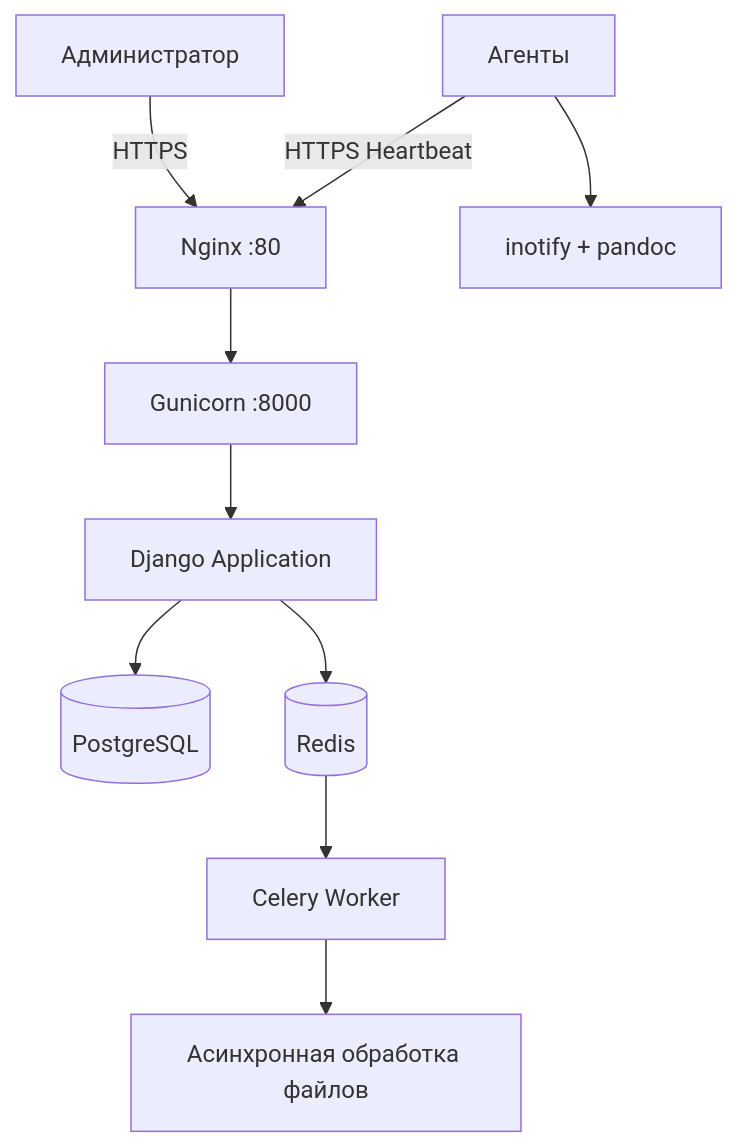
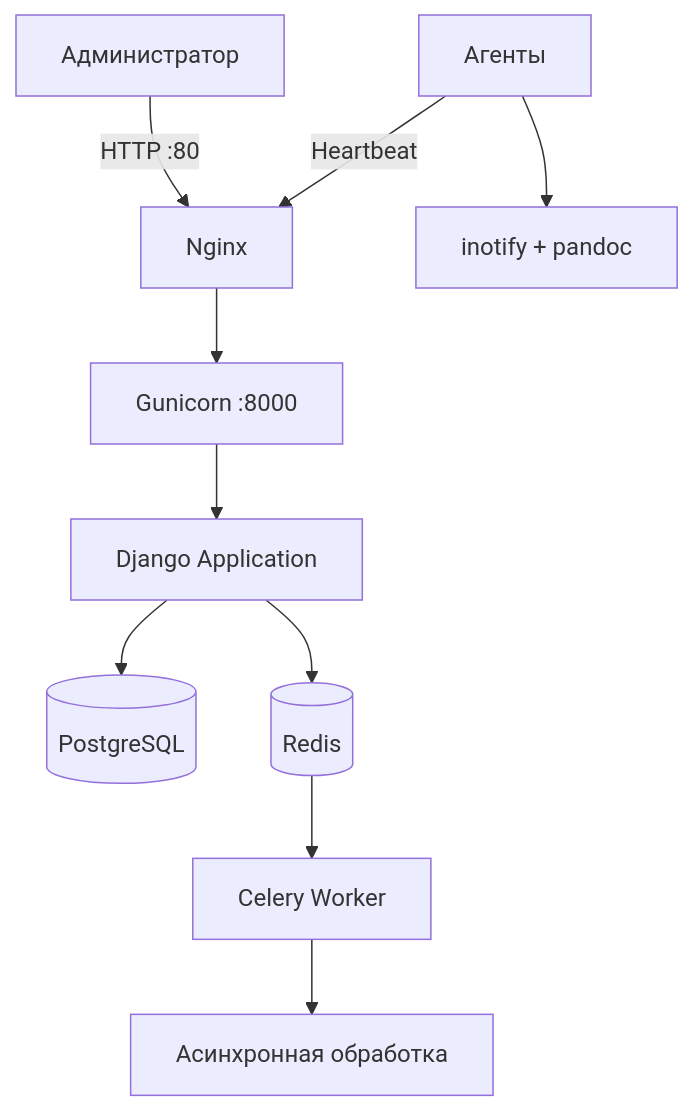
The diagram in README.md (Fedoroff00/afm-server), drawn with Mermaid before and after one commit. The commit also changed other lines of this file, not shown here.

````diff
--- a/README.md
+++ b/README.md
@@ -92,12 +112,12 @@
 ```mermaid
 graph TD
-    A[Администратор] -->|HTTPS| B[Nginx :80]
+    A[Администратор] -->|HTTP :80| B[Nginx]
     B --> C[Gunicorn :8000]
     C --> D[Django Application]
     D --> E[(PostgreSQL)]
     D --> F[(Redis)]
     F --> G[Celery Worker]
-    G --> H[Асинхронная обработка файлов]
-    I[Агенты] -->|HTTPS Heartbeat| B
+    G --> H[Асинхронная обработка]
+    I[Агенты] -->|Heartbeat| B
     I --> J[inotify + pandoc]
 ```
````
